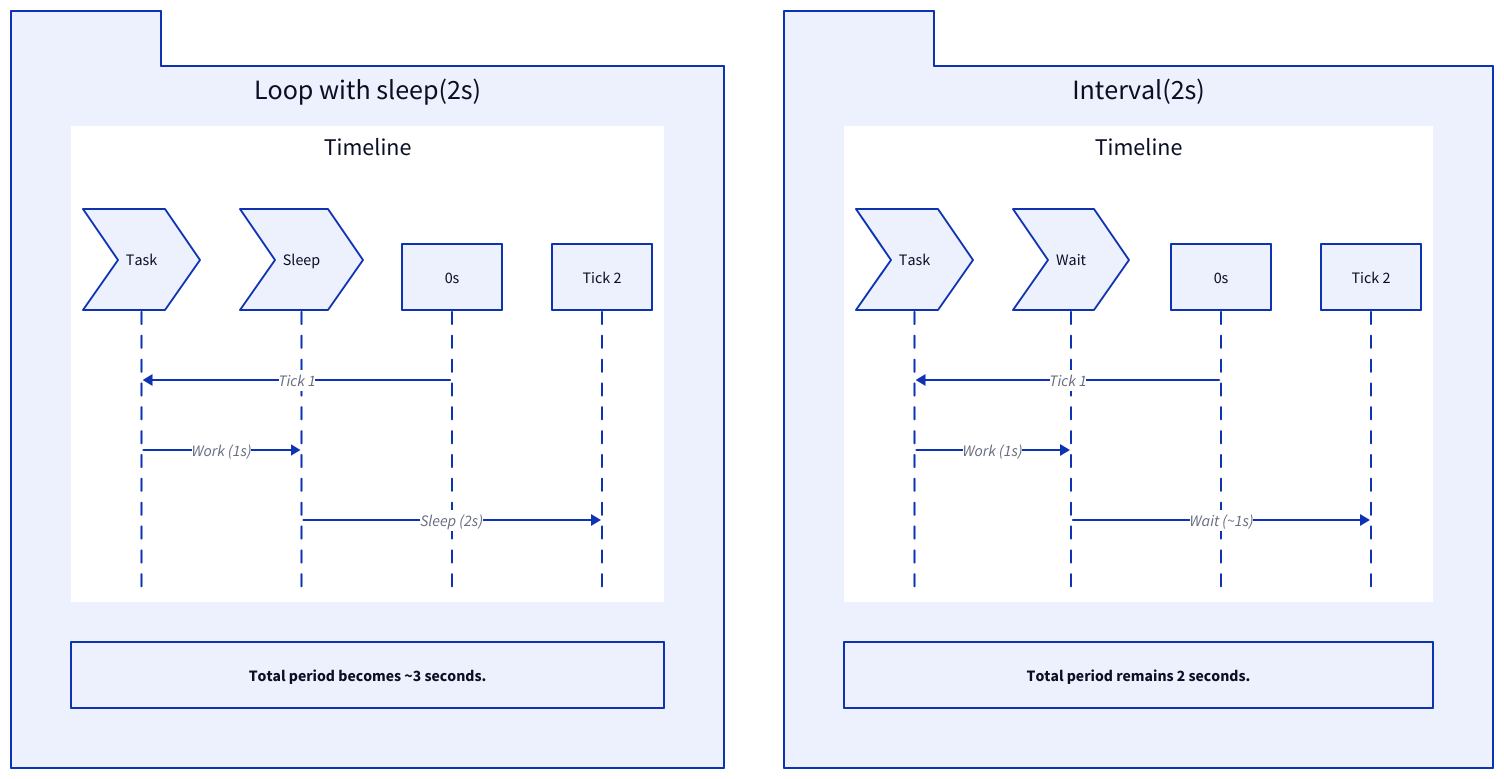
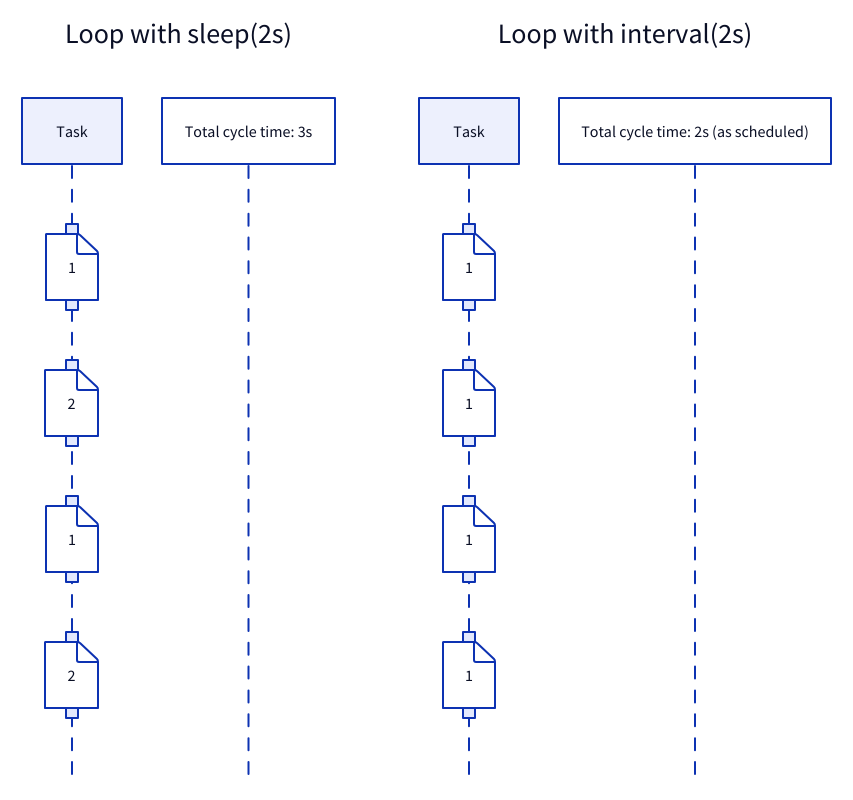
One commit to lban2049/tokio changed the diagram in .aigne/doc-smith/docs/concepts-timers.md. Above: the diagram before and after it, drawn with D2. The commit also changed other lines of this file and 40 other files, not shown here.

````diff
--- a/.aigne/doc-smith/docs/concepts-timers.md
+++ b/.aigne/doc-smith/docs/concepts-timers.md
@@ -42,37 +59,29 @@
 ```d2
 direction: down
 
 "Loop with sleep(2s)": {
-  shape: package
-  grid-columns: 1
+  shape: sequence_diagram
 
-  "Timeline": {
-    shape: sequence_diagram
-    "Task": {shape: step}
-    "Sleep": {shape: step}
-
-    "0s" -> "Task": "Tick 1"
-    "Task" -> "Sleep": "Work (1s)"
-    "Sleep" -> "3s": "Sleep (2s)"
-    "3s": "Tick 2"
+  "Task": {
+    "Work (1s)": {lifespan: 1}
+    "sleep(2s)": {lifespan: 2}
+    "Work (1s) ": {lifespan: 1}
+    "sleep(2s) ": {lifespan: 2}
   }
-  "Total period becomes ~3 seconds."
+  
+  note over "Task": "Total cycle time: 3s"
 }
 
-"Interval(2s)": {
-  shape: package
-  grid-columns: 1
+"Loop with interval(2s)": {
+  shape: sequence_diagram
 
-  "Timeline": {
-    shape: sequence_diagram
-    "Task": {shape: step}
-    "Wait": {shape: step}
+  "Task": {
+    "Work (1s)": {lifespan: 1}
+    "tick() await (1s)": {lifespan: 1}
+    "Work (1s) ": {lifespan: 1}
+    "tick() await (1s) ": {lifespan: 1}
+  }
 
-    "0s" -> "Task": "Tick 1"
-    "Task" -> "Wait": "Work (1s)"
-    "Wait" -> "2s": "Wait (~1s)"
-    "2s": "Tick 2"
-  }
-  "Total period remains 2 seconds."
+  note over "Task": "Total cycle time: 2s (as scheduled)"
 }
 ```
````
